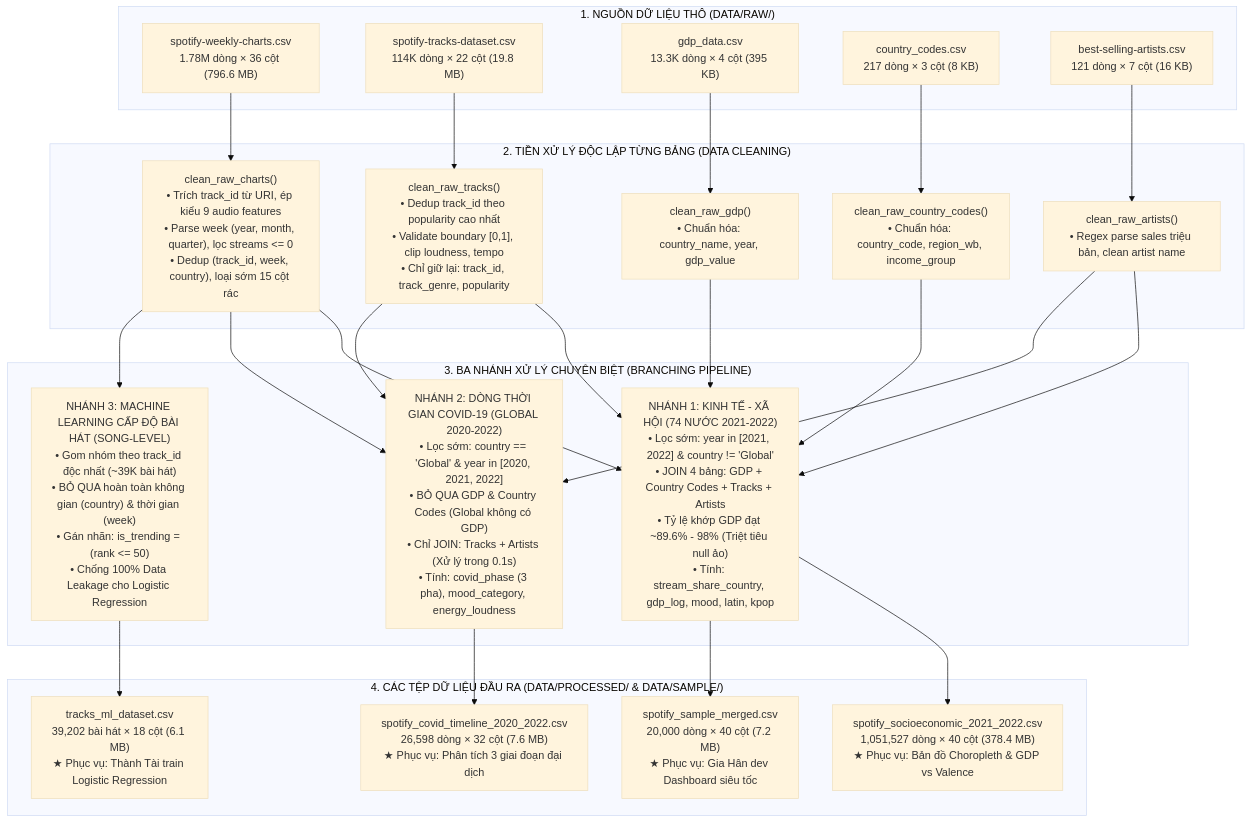
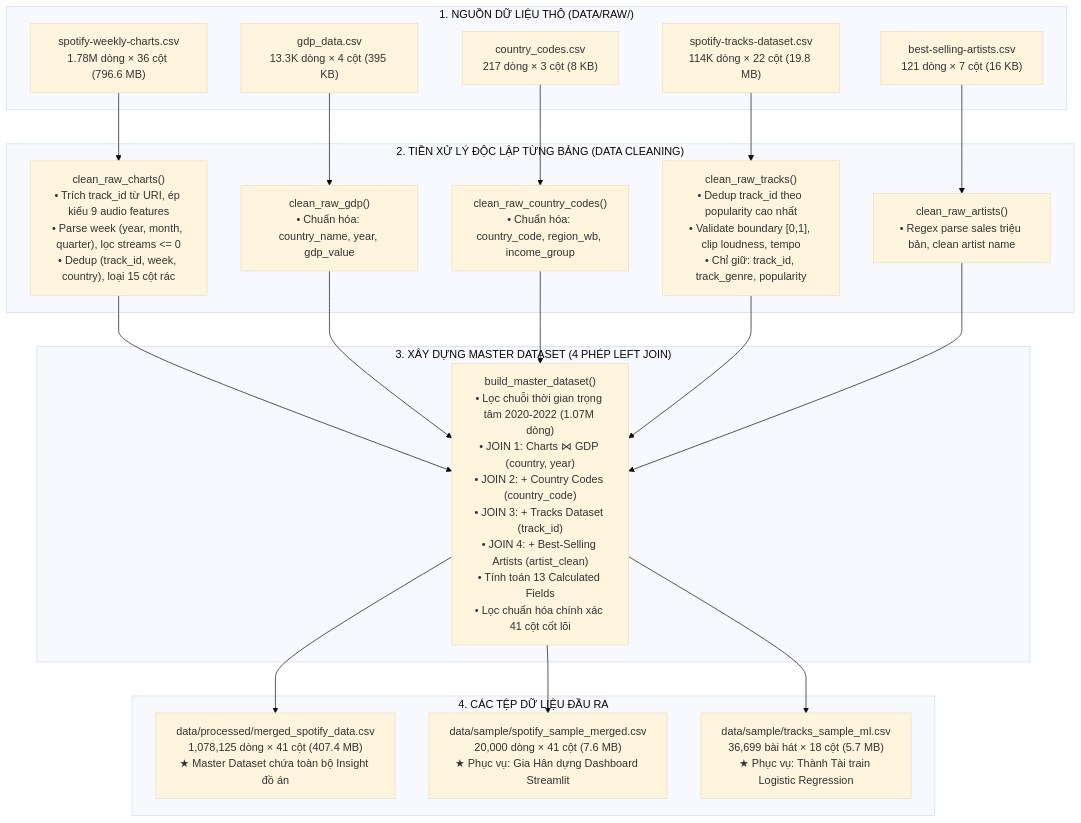
The diagram in docs/data_processing_flow.md (lyhiahan/Spotify_Audio_Trends_Analytics), drawn with Mermaid (base theme) before and after one commit. The commit also changed other lines of this file and 9 other files, not shown here.

Commit message:
refactor(pipeline): chuyển sang mô hình Master Dataset 41 cột và các tệp sample cho nhóm

````diff
--- a/docs/data_processing_flow.md
+++ b/docs/data_processing_flow.md
@@ -33,46 +32,40 @@
 ```mermaid
 flowchart TD
     subgraph S1["1. NGUỒN DỮ LIỆU THÔ (DATA/RAW/)"]
         RAW_C["spotify-weekly-charts.csv<br/>1.78M dòng × 36 cột (796.6 MB)"]
         RAW_T["spotify-tracks-dataset.csv<br/>114K dòng × 22 cột (19.8 MB)"]
         RAW_G["gdp_data.csv<br/>13.3K dòng × 4 cột (395 KB)"]
         RAW_CC["country_codes.csv<br/>217 dòng × 3 cột (8 KB)"]
         RAW_A["best-selling-artists.csv<br/>121 dòng × 7 cột (16 KB)"]
     end
 
     subgraph S2["2. TIỀN XỬ LÝ ĐỘC LẬP TỪNG BẢNG (DATA CLEANING)"]
-        CLEAN_C["clean_raw_charts()<br/>• Trích track_id từ URI, ép kiểu 9 audio features<br/>• Parse week (year, month, quarter), lọc streams <= 0<br/>• Dedup (track_id, week, country), loại sớm 15 cột rác"]
-        CLEAN_T["clean_raw_tracks()<br/>• Dedup track_id theo popularity cao nhất<br/>• Validate boundary [0,1], clip loudness, tempo<br/>• Chỉ giữ lại: track_id, track_genre, popularity"]
+        CLEAN_C["clean_raw_charts()<br/>• Trích track_id từ URI, ép kiểu 9 audio features<br/>• Parse week (year, month, quarter), lọc streams <= 0<br/>• Dedup (track_id, week, country), loại 15 cột rác"]
+        CLEAN_T["clean_raw_tracks()<br/>• Dedup track_id theo popularity cao nhất<br/>• Validate boundary [0,1], clip loudness, tempo<br/>• Chỉ giữ: track_id, track_genre, popularity"]
         CLEAN_A["clean_raw_artists()<br/>• Regex parse sales triệu bản, clean artist name"]
         CLEAN_G["clean_raw_gdp()<br/>• Chuẩn hóa: country_name, year, gdp_value"]
         CLEAN_CC["clean_raw_country_codes()<br/>• Chuẩn hóa: country_code, region_wb, income_group"]
     end
 
-    subgraph S3["3. BA NHÁNH XỬ LÝ CHUYÊN BIỆT (BRANCHING PIPELINE)"]
-        B1["NHÁNH 1: KINH TẾ - XÃ HỘI (74 NƯỚC 2021-2022)<br/>• Lọc sớm: year in [2021, 2022] & country != 'Global'<br/>• JOIN 4 bảng: GDP + Country Codes + Tracks + Artists<br/>• Tỷ lệ khớp GDP đạt ~89.6% - 98% (Triệt tiêu null ảo)<br/>• Tính: stream_share_country, gdp_log, mood, latin, kpop"]
-        B2["NHÁNH 2: DÒNG THỜI GIAN COVID-19 (GLOBAL 2020-2022)<br/>• Lọc sớm: country == 'Global' & year in [2020, 2021, 2022]<br/>• BỎ QUA GDP & Country Codes (Global không có GDP)<br/>• Chỉ JOIN: Tracks + Artists (Xử lý trong 0.1s)<br/>• Tính: covid_phase (3 pha), mood_category, energy_loudness"]
-        B3["NHÁNH 3: MACHINE LEARNING CẤP ĐỘ BÀI HÁT (SONG-LEVEL)<br/>• Gom nhóm theo track_id độc nhất (~39K bài hát)<br/>• BỎ QUA hoàn toàn không gian (country) & thời gian (week)<br/>• Gán nhãn: is_trending = (rank <= 50)<br/>• Chống 100% Data Leakage cho Logistic Regression"]
+    subgraph S3["3. XÂY DỰNG MASTER DATASET (4 PHÉP LEFT JOIN)"]
+        BUILD["build_master_dataset()<br/>• Lọc chuỗi thời gian trọng tâm 2020-2022 (1.07M dòng)<br/>• JOIN 1: Charts ⋈ GDP (country, year)<br/>• JOIN 2: + Country Codes (country_code)<br/>• JOIN 3: + Tracks Dataset (track_id)<br/>• JOIN 4: + Best-Selling Artists (artist_clean)<br/>• Tính toán 13 Calculated Fields<br/>• Lọc chuẩn hóa chính xác 41 cột cốt lõi"]
     end
 
-    subgraph S4["4. CÁC TỆP DỮ LIỆU ĐẦU RA (DATA/PROCESSED/ & DATA/SAMPLE/)"]
-        OUT1["spotify_socioeconomic_2021_2022.csv<br/>1,051,527 dòng × 40 cột (378.4 MB)<br/>★ Phục vụ: Bản đồ Choropleth & GDP vs Valence"]
-        OUT2["spotify_covid_timeline_2020_2022.csv<br/>26,598 dòng × 32 cột (7.6 MB)<br/>★ Phục vụ: Phân tích 3 giai đoạn đại dịch"]
-        OUT3["tracks_ml_dataset.csv<br/>39,202 bài hát × 18 cột (6.1 MB)<br/>★ Phục vụ: Thành Tài train Logistic Regression"]
-        OUT_S["spotify_sample_merged.csv<br/>20,000 dòng × 40 cột (7.2 MB)<br/>★ Phục vụ: Gia Hân dev Dashboard siêu tốc"]
+    subgraph S4["4. CÁC TỆP DỮ LIỆU ĐẦU RA"]
+        OUT_M["data/processed/merged_spotify_data.csv<br/>1,078,125 dòng × 41 cột (407.4 MB)<br/>★ Master Dataset chứa toàn bộ Insight đồ án"]
+        OUT_S1["data/sample/spotify_sample_merged.csv<br/>20,000 dòng × 41 cột (7.6 MB)<br/>★ Phục vụ: Gia Hân dựng Dashboard Streamlit"]
+        OUT_S2["data/sample/tracks_sample_ml.csv<br/>36,699 bài hát × 18 cột (5.7 MB)<br/>★ Phục vụ: Thành Tài train Logistic Regression"]
     end
 
     RAW_C --> CLEAN_C
     RAW_T --> CLEAN_T
     RAW_A --> CLEAN_A
     RAW_G --> CLEAN_G
     RAW_CC --> CLEAN_CC
 
-    CLEAN_C & CLEAN_G & CLEAN_CC & CLEAN_T & CLEAN_A --> B1
-    CLEAN_C & CLEAN_T & CLEAN_A --> B2
-    CLEAN_C --> B3
+    CLEAN_C & CLEAN_G & CLEAN_CC & CLEAN_T & CLEAN_A --> BUILD
 
-    B1 --> OUT1
-    B1 --> OUT_S
-    B2 --> OUT2
-    B3 --> OUT3
+    BUILD --> OUT_M
+    BUILD --> OUT_S1
+    BUILD --> OUT_S2
 ```
````
